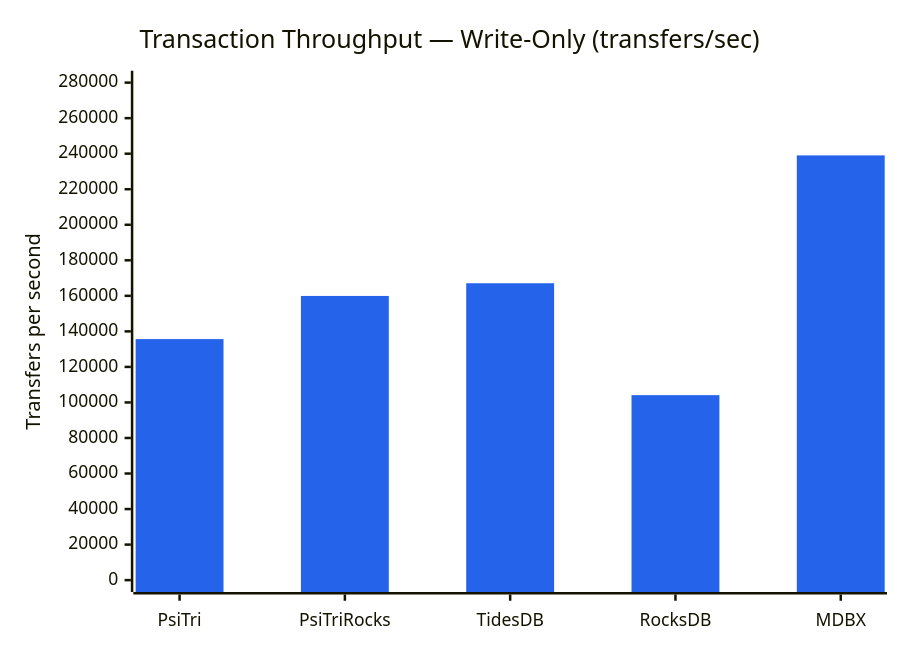
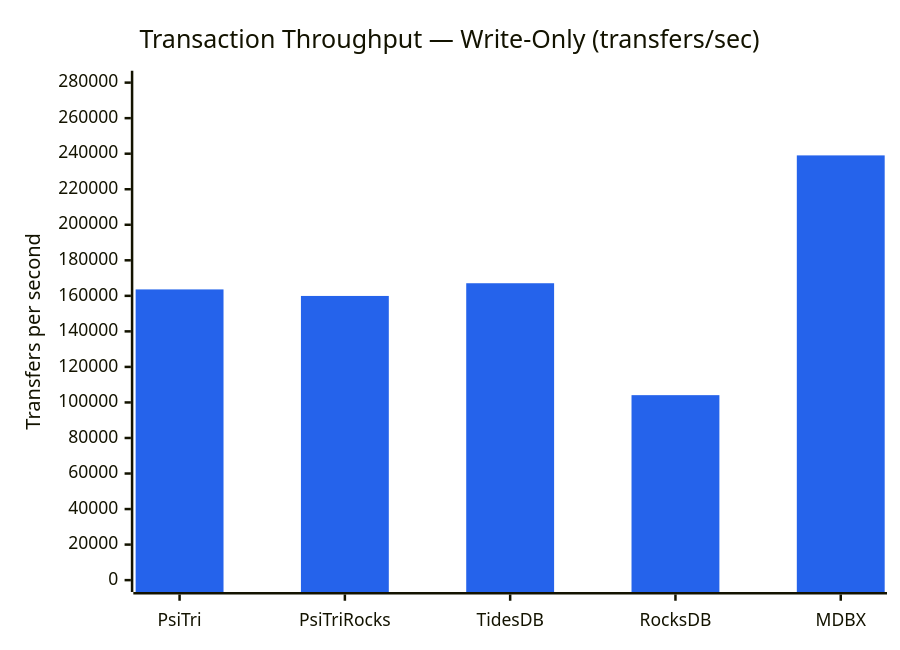
The ninth of 16 diagrams in docs/benchmarks/bank.md (gofractally/arbtrie), drawn with Mermaid before and after one commit. The commit also changed other lines of this file, not shown here.

First line of the commit message:
Update x86 PsiTri bank benchmark numbers and add charts

````diff
--- a/docs/benchmarks/bank.md
+++ b/docs/benchmarks/bank.md
@@ -238,8 +238,8 @@
 ```mermaid
 %%{init: {'theme': 'base', 'themeVariables': {'xyChart': {'plotColorPalette': '#2563EB'}}}}%%
 xychart-beta
     title "Transaction Throughput — Write-Only (transfers/sec)"
     x-axis ["PsiTri", "PsiTriRocks", "TidesDB", "RocksDB", "MDBX"]
     y-axis "Transfers per second" 0 --> 280000
-    bar [135651, 159938, 167093, 104102, 239041]
+    bar [163614, 159938, 167093, 104102, 239041]
 ```
````
